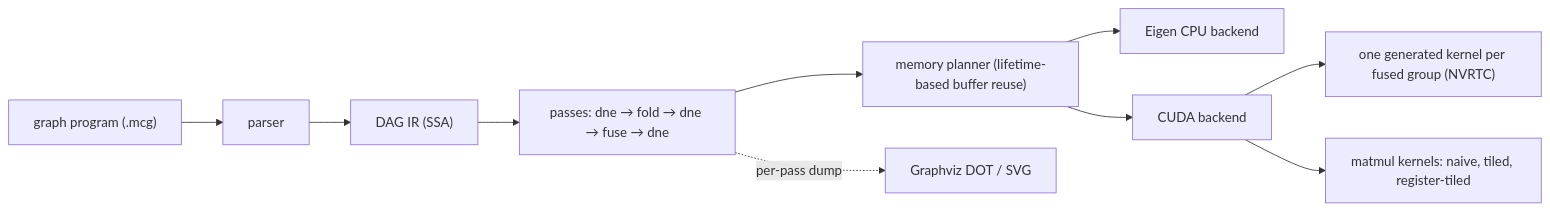
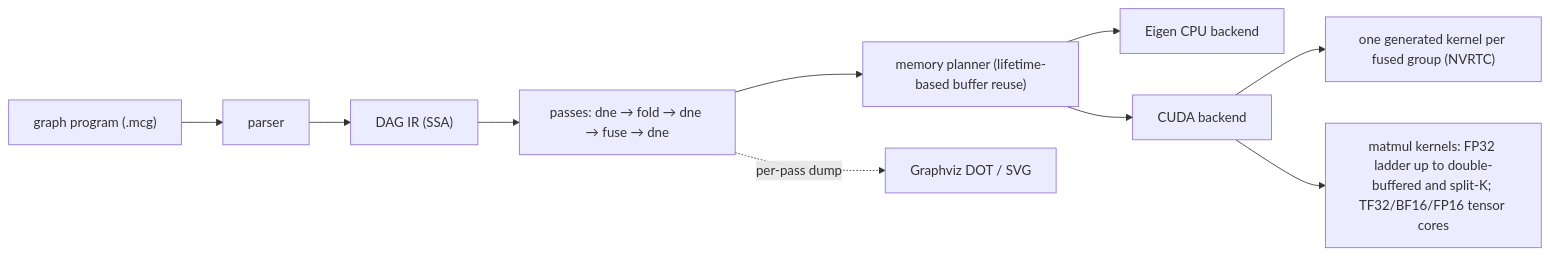
The diagram in README.md (kartsen03/minicompiler), drawn with Mermaid before and after one commit. The commit also changed other lines of this file, not shown here.

First line of the commit message:
README: describe the matmul ladder and the tensor-core kernels

````diff
--- a/README.md
+++ b/README.md
@@ -12,11 +12,11 @@
 ```mermaid
 flowchart LR
     src["graph program (.mcg)"] --> parse["parser"] --> ir["DAG IR (SSA)"]
     ir --> passes["passes: dne → fold → dne → fuse → dne"]
     passes --> plan["memory planner (lifetime-based buffer reuse)"]
     plan --> cpu["Eigen CPU backend"]
     plan --> cuda["CUDA backend"]
     cuda --> gen["one generated kernel per fused group (NVRTC)"]
-    cuda --> mm["matmul kernels: naive, tiled, register-tiled"]
+    cuda --> mm["matmul kernels: FP32 ladder up to double-buffered and split-K; TF32/BF16/FP16 tensor cores"]
     passes -. "per-pass dump" .-> dot["Graphviz DOT / SVG"]
 ```
````
